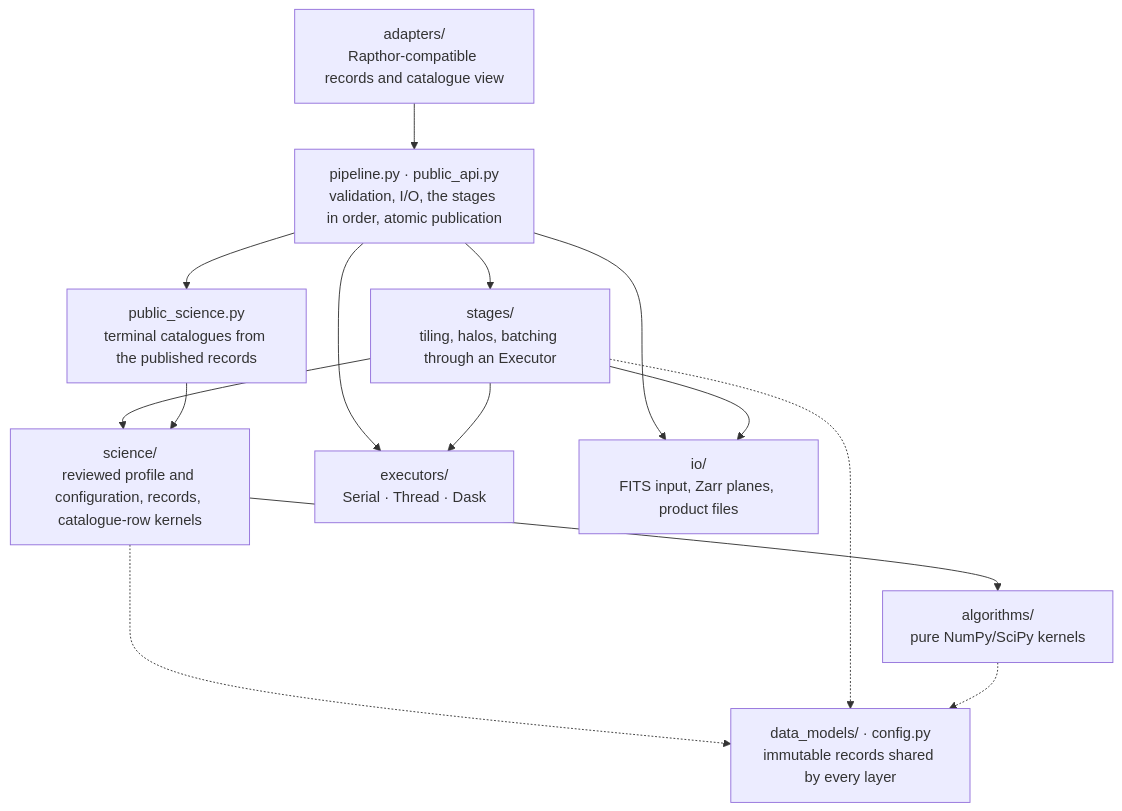
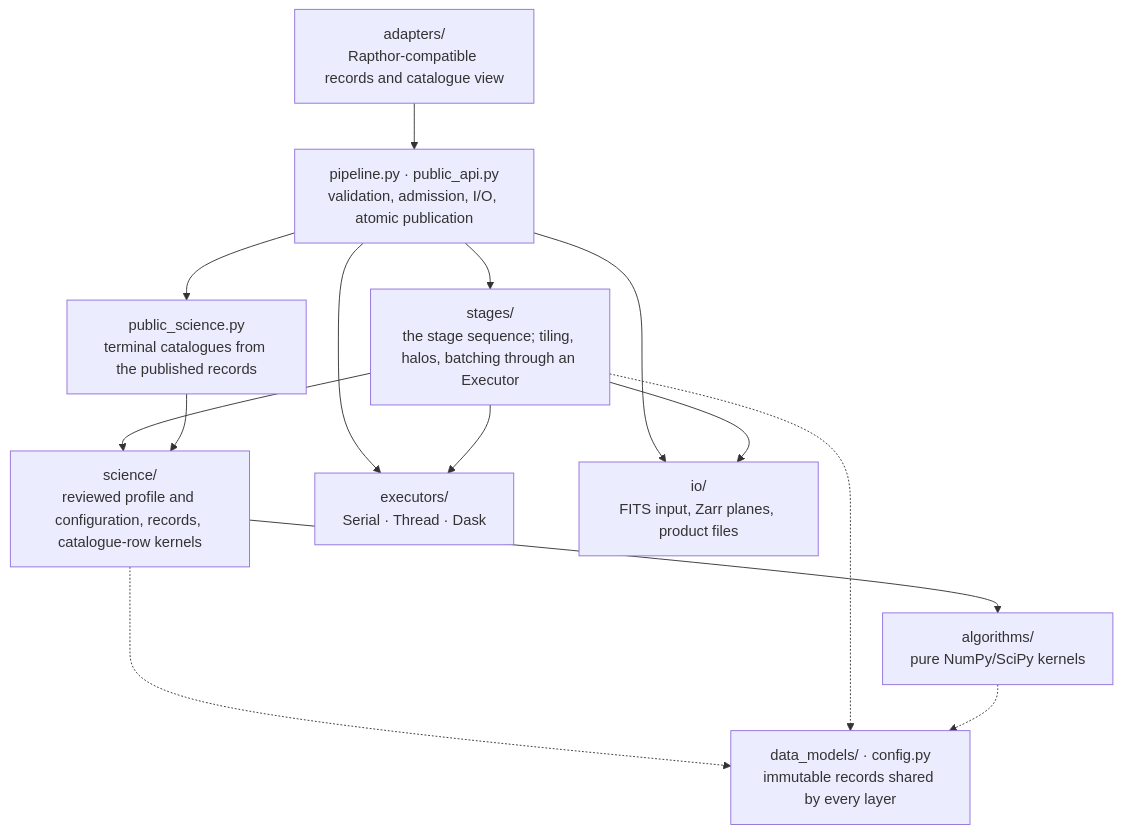
The second of 2 diagrams in docs/architecture/index.md (gemmadanks/hebog), drawn with Mermaid before and after one commit. The commit also changed other lines of this file and 31 other files, not shown here.

````diff
--- a/docs/architecture/index.md
+++ b/docs/architecture/index.md
@@ -63,22 +63,22 @@
 ```mermaid
 flowchart TD
     adapters["adapters/<br/>Rapthor-compatible records and catalogue view"]
-    api["pipeline.py · public_api.py<br/>validation, I/O, the stages in order, atomic publication"]
+    api["pipeline.py · public_api.py<br/>validation, admission, I/O, atomic publication"]
     public_science["public_science.py<br/>terminal catalogues from the published records"]
-    stages["stages/<br/>tiling, halos, batching through an Executor"]
+    stages["stages/<br/>the stage sequence; tiling, halos, batching through an Executor"]
     science["science/<br/>reviewed profile and configuration, records, catalogue-row kernels"]
     algorithms["algorithms/<br/>pure NumPy/SciPy kernels"]
     shared["data_models/ · config.py<br/>immutable records shared by every layer"]
     executors["executors/<br/>Serial · Thread · Dask"]
     io["io/<br/>FITS input, Zarr planes, product files"]
 
     adapters --> api --> stages --> science --> algorithms
     api --> public_science --> science
     api --> io
     api --> executors
     stages --> executors
     stages --> io
     science -.-> shared
     stages -.-> shared
     algorithms -.-> shared
 ```
````
